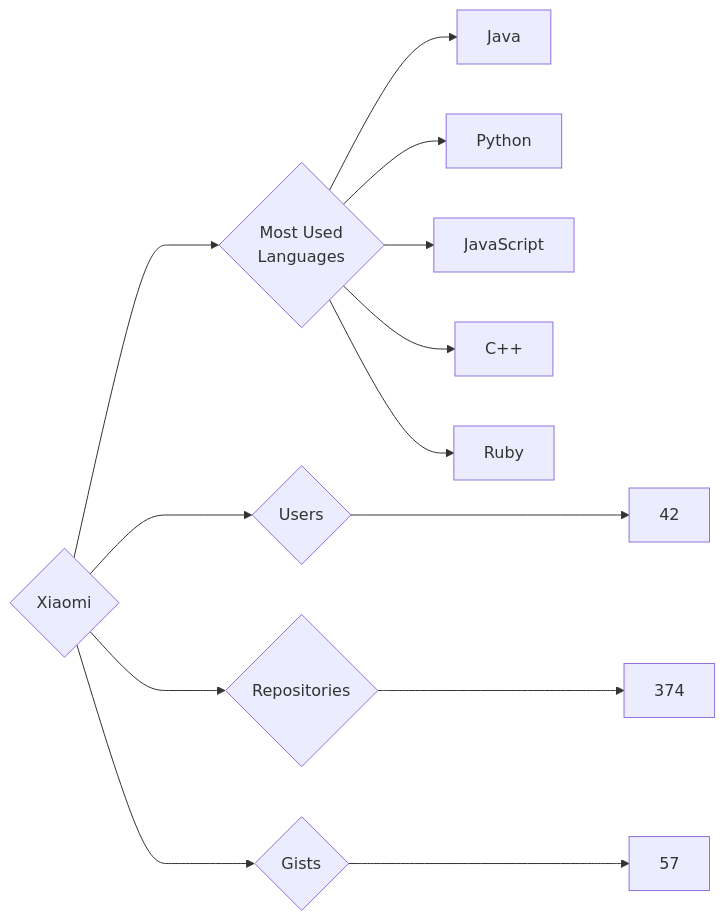
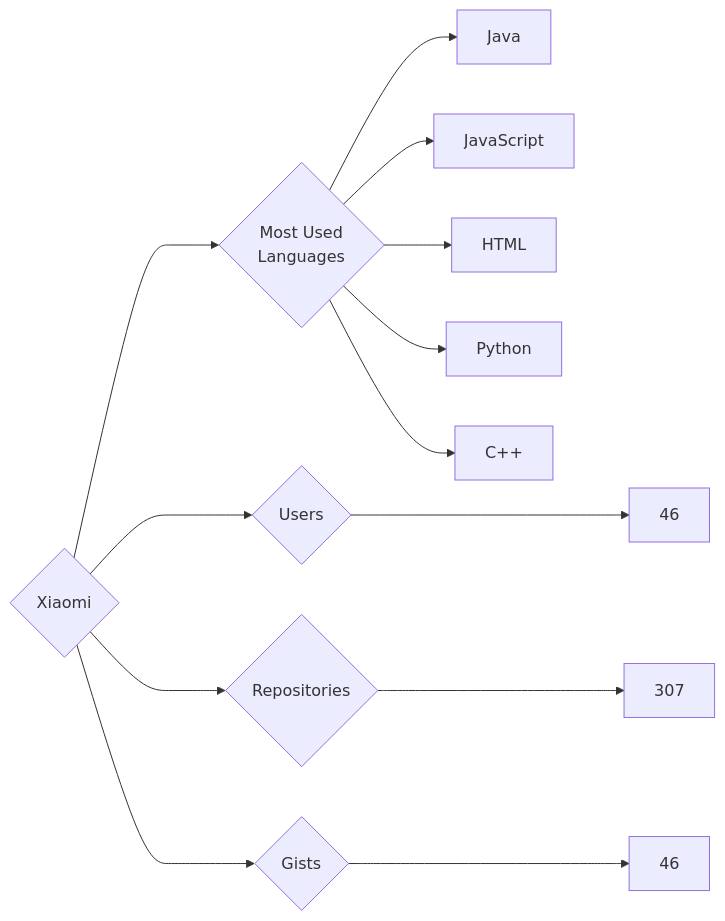
One commit to trickest/insiders changed the diagram in targets/Xiaomi/README.md. Above: the diagram before and after it, drawn with Mermaid. The commit also changed 870 other files, not shown here.

````diff
--- a/targets/Xiaomi/README.md
+++ b/targets/Xiaomi/README.md
@@ -3,13 +3,13 @@
 ```mermaid
 graph LR
 COMPANY_NAME{Xiaomi}
-COMPANY_NAME ---> U{Users} ---> UN[42]
-COMPANY_NAME ---> R{Repositories} ---> RN[374]
-COMPANY_NAME ---> G{Gists} ---> GN[57]
+COMPANY_NAME ---> U{Users} ---> UN[46]
+COMPANY_NAME ---> R{Repositories} ---> RN[307]
+COMPANY_NAME ---> G{Gists} ---> GN[46]
 COMPANY_NAME ---> ML{Most Used<br>Languages}
 ML --> Java[Java]
+ML --> JavaScript[JavaScript]
+ML --> HTML[HTML]
 ML --> Python[Python]
-ML --> JavaScript[JavaScript]
 ML --> C++[C++]
-ML --> Ruby[Ruby]
 ```
````
